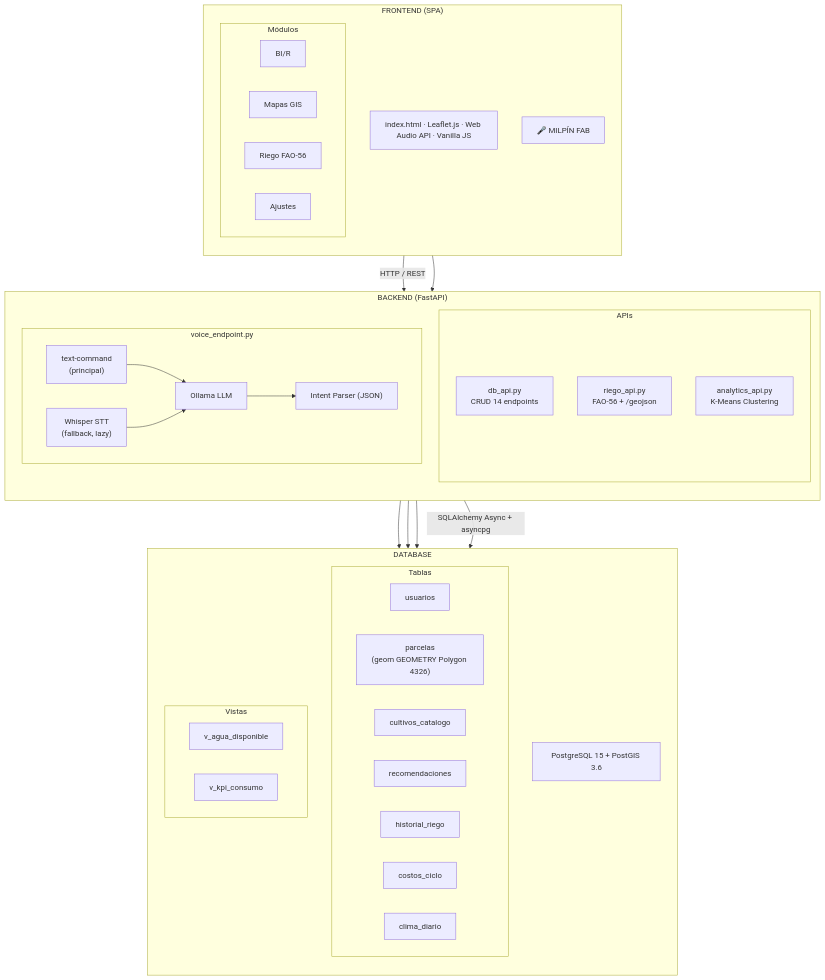
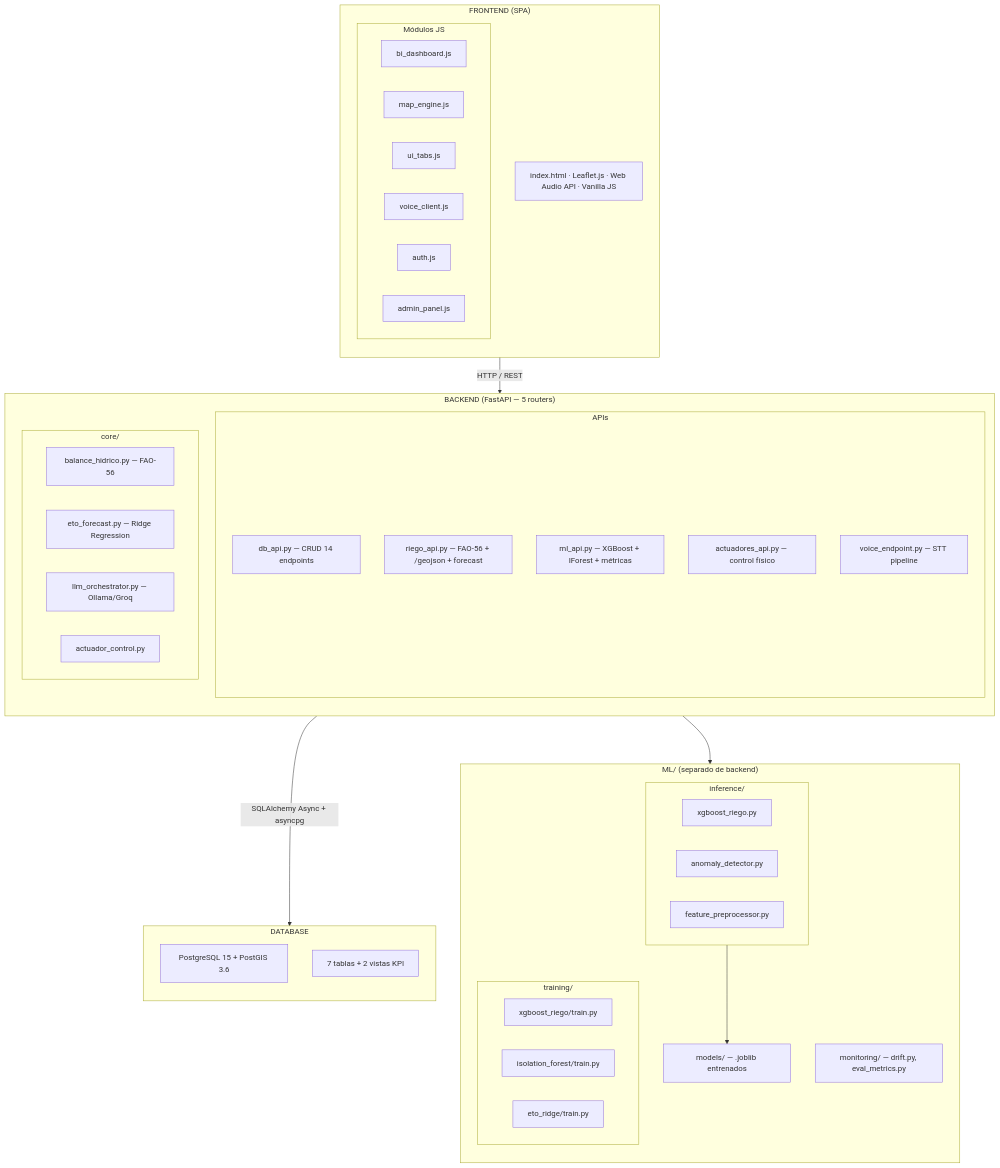
One commit to Zidnz/Milpin-pp26-v.1- changed the first of 2 diagrams in README.md. Above: the diagram before and after it, drawn with Mermaid. The commit also changed other lines of this file and 5 other files, not shown here.

````diff
--- a/README.md
+++ b/README.md
@@ -161,57 +125,59 @@
 ```mermaid
 flowchart TB
     subgraph FRONTEND["FRONTEND (SPA)"]
         direction TB
         FE_TECH["index.html · Leaflet.js · Web Audio API · Vanilla JS"]
-        subgraph FE_MODULES["Módulos"]
-            BI["BI/R"]
-            GIS["Mapas GIS"]
-            RIEGO["Riego FAO-56"]
-            SETT["Ajustes"]
+        subgraph FE_MODULES["Módulos JS"]
+            BI["bi_dashboard.js"]
+            GIS["map_engine.js"]
+            RIEGO["ui_tabs.js"]
+            VOICE["voice_client.js"]
+            AUTH["auth.js"]
+            ADMIN["admin_panel.js"]
         end
-        VOICE_UI["🎤 MILPÍN FAB"]
     end
 
-    subgraph BACKEND["BACKEND (FastAPI)"]
+    subgraph BACKEND["BACKEND (FastAPI — 5 routers)"]
         direction TB
         subgraph APIS["APIs"]
-            DB_API["db_api.py\nCRUD 14 endpoints"]
-            RIEGO_API["riego_api.py\nFAO-56 + /geojson"]
-            ANALYTICS_API["analytics_api.py\nK-Means Clustering"]
+            DB_API["db_api.py — CRUD 14 endpoints"]
+            RIEGO_API["riego_api.py — FAO-56 + /geojson + forecast"]
+            ML_API["ml_api.py — XGBoost + IForest + métricas"]
+            ACT_API["actuadores_api.py — control físico"]
+            VOICE_EP["voice_endpoint.py — STT pipeline"]
         end
-        subgraph VOICE_PIPELINE["voice_endpoint.py"]
-            TEXT_CMD["text-command\n(principal)"]
-            WHISPER["Whisper STT\n(fallback, lazy)"]
-            OLLAMA["Ollama LLM"]
-            PARSER["Intent Parser (JSON)"]
-            TEXT_CMD --> OLLAMA
-            WHISPER --> OLLAMA
-            OLLAMA --> PARSER
+        subgraph CORE["core/"]
+            BH["balance_hidrico.py — FAO-56"]
+            ETO["eto_forecast.py — Ridge Regression"]
+            LLM["llm_orchestrator.py — Ollama/Groq"]
+            ACT["actuador_control.py"]
         end
+    end
+
+    subgraph ML_MODULE["ML/ (separado de backend)"]
+        direction TB
+        subgraph INFERENCE["inference/"]
+            XGB["xgboost_riego.py"]
+            IFOR["anomaly_detector.py"]
+            FEAT["feature_preprocessor.py"]
+        end
+        subgraph TRAINING["training/"]
+            TXGB["xgboost_riego/train.py"]
+            TIFOR["isolation_forest/train.py"]
+            TETO["eto_ridge/train.py"]
+        end
+        MODELS["models/ — .joblib entrenados"]
+        MONITOR["monitoring/ — drift.py, eval_metrics.py"]
     end
 
     subgraph DB["DATABASE"]
         direction TB
         DB_ENGINE["PostgreSQL 15 + PostGIS 3.6"]
-        subgraph TABLES["Tablas"]
-            USERS["usuarios"]
-            PARCELAS["parcelas\n(geom GEOMETRY Polygon 4326)"]
-            CULTIVOS["cultivos_catalogo"]
-            RECOM["recomendaciones"]
-            HIST["historial_riego"]
-            COSTOS["costos_ciclo"]
-            CLIMA["clima_diario"]
-        end
-        subgraph VIEWS["Vistas"]
-            V_AGUA["v_agua_disponible"]
-            V_KPI["v_kpi_consumo"]
-        end
+        TABLES["7 tablas + 2 vistas KPI"]
     end
 
     FRONTEND -->|"HTTP / REST"| BACKEND
     BACKEND -->|"SQLAlchemy Async + asyncpg"| DB
-    VOICE_UI --> BACKEND
-    DB_API --> DB_ENGINE
-    RIEGO_API --> DB_ENGINE
-    ANALYTICS_API --> DB_ENGINE
+    ML_API --> INFERENCE
+    INFERENCE --> MODELS
 ```
````
